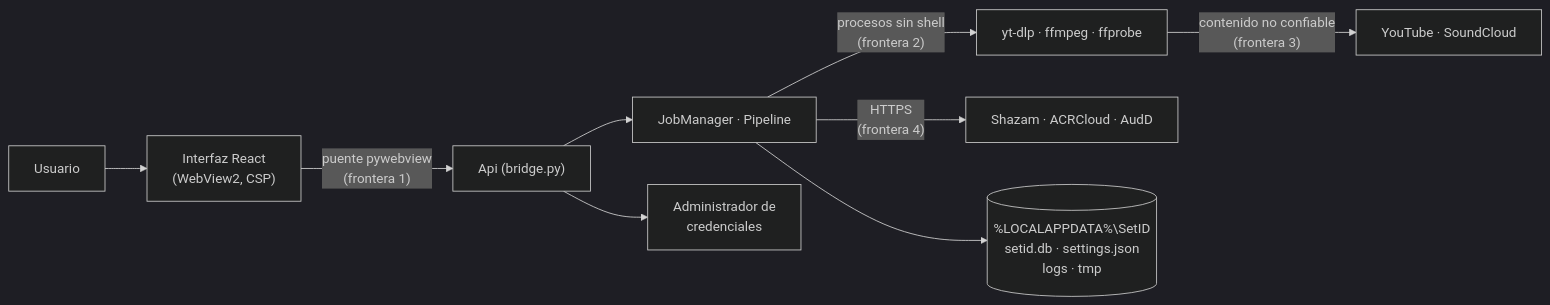
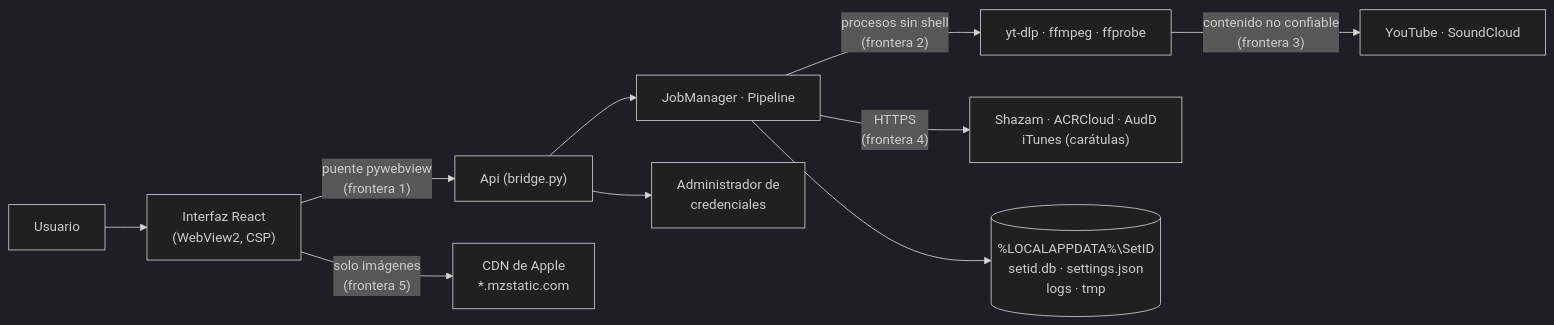
The diagram in SECURITY.md (luzonventura/SetID), drawn with Mermaid (dark theme) before and after one commit. The commit also changed other lines of this file and 16 other files, not shown here.

````diff
--- a/SECURITY.md
+++ b/SECURITY.md
@@ -17,11 +17,12 @@
 ```mermaid
 flowchart LR
     U["Usuario"] --> UI["Interfaz React<br/>(WebView2, CSP)"]
     UI -- "puente pywebview<br/>(frontera 1)" --> API["Api (bridge.py)"]
     API --> CORE["JobManager · Pipeline"]
     CORE -- "procesos sin shell<br/>(frontera 2)" --> EXT["yt-dlp · ffmpeg · ffprobe"]
     EXT -- "contenido no confiable<br/>(frontera 3)" --> NET["YouTube · SoundCloud"]
-    CORE -- "HTTPS<br/>(frontera 4)" --> PROV["Shazam · ACRCloud · AudD"]
+    CORE -- "HTTPS<br/>(frontera 4)" --> PROV["Shazam · ACRCloud · AudD<br/>iTunes (carátulas)"]
+    UI -- "solo imágenes<br/>(frontera 5)" --> CDN["CDN de Apple<br/>*.mzstatic.com"]
     CORE --> DATA[("%LOCALAPPDATA%\SetID<br/>setid.db · settings.json<br/>logs · tmp")]
     API --> CRED["Administrador de<br/>credenciales"]
 ```
````
